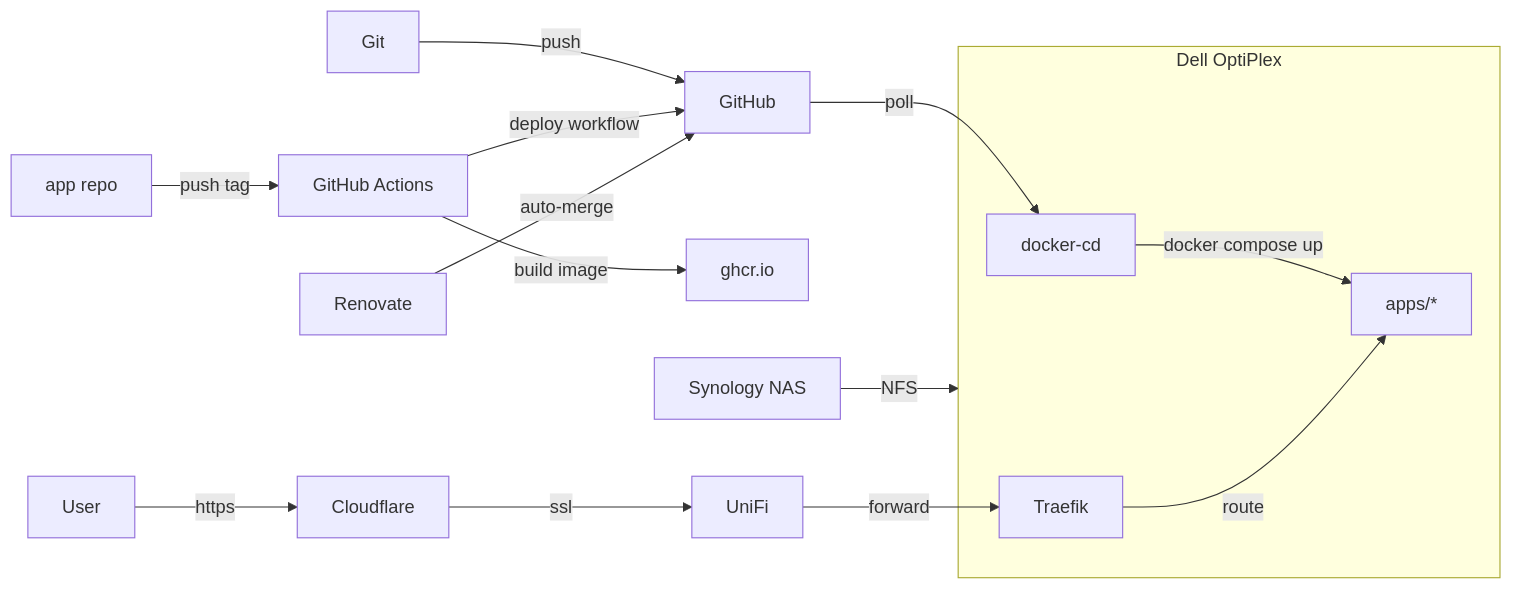
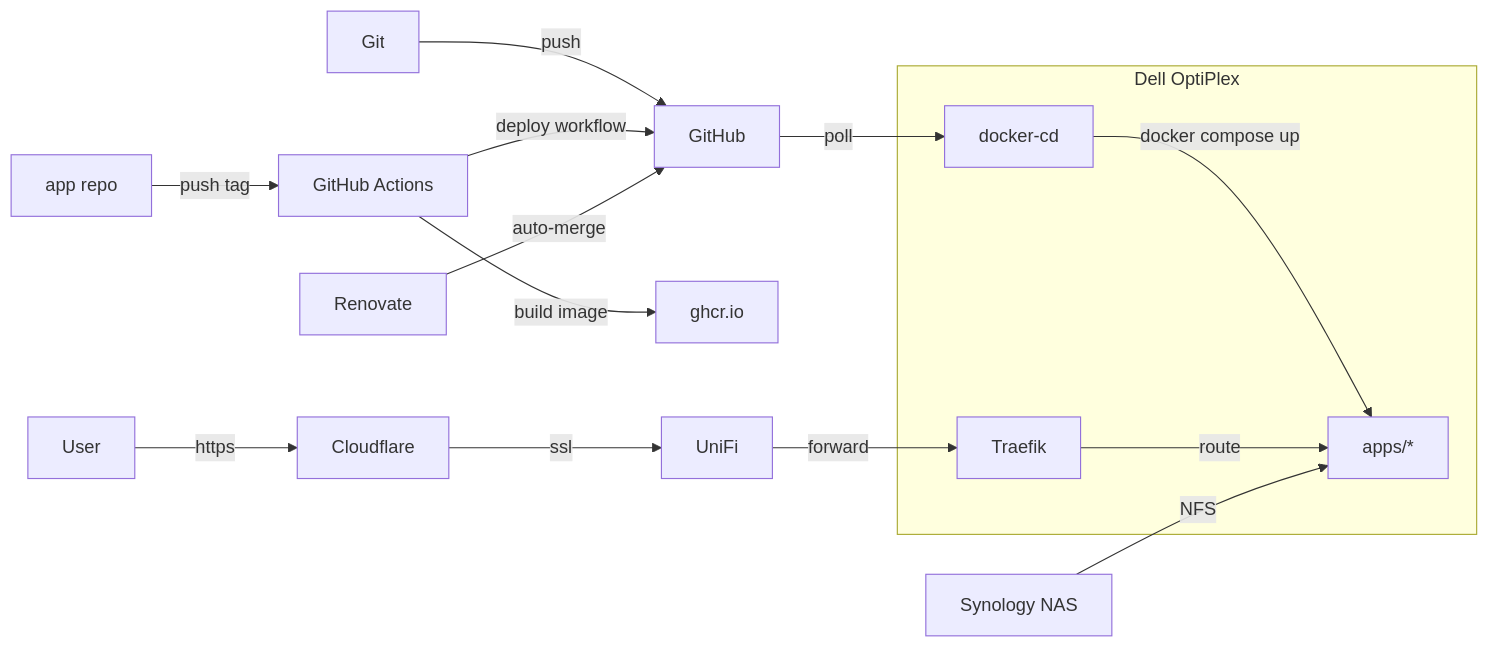
One commit to wajeht/home-ops changed the diagram in README.md. Above: the diagram before and after it, drawn with Mermaid.

Commit message:
docs: clarify network architecture in README

````diff
--- a/README.md
+++ b/README.md
@@ -17,15 +17,15 @@
 ```mermaid
 flowchart LR
     subgraph Dell[Dell OptiPlex]
         docker-cd -->|docker compose up| Apps[apps/*]
         Traefik -->|route| Apps
     end
 
     Git -->|push| GitHub -->|poll| docker-cd
     AppRepo[app repo] -->|push tag| Actions[GitHub Actions]
     Actions -->|build image| GHCR[ghcr.io]
     Actions -->|deploy workflow| GitHub
     Renovate -->|auto-merge| GitHub
-    NAS[Synology NAS] -->|NFS| Dell
     User -->|https| Cloudflare -->|ssl| UniFi -->|forward| Traefik
+    NAS[Synology NAS] -->|NFS| Apps
 ```
````
